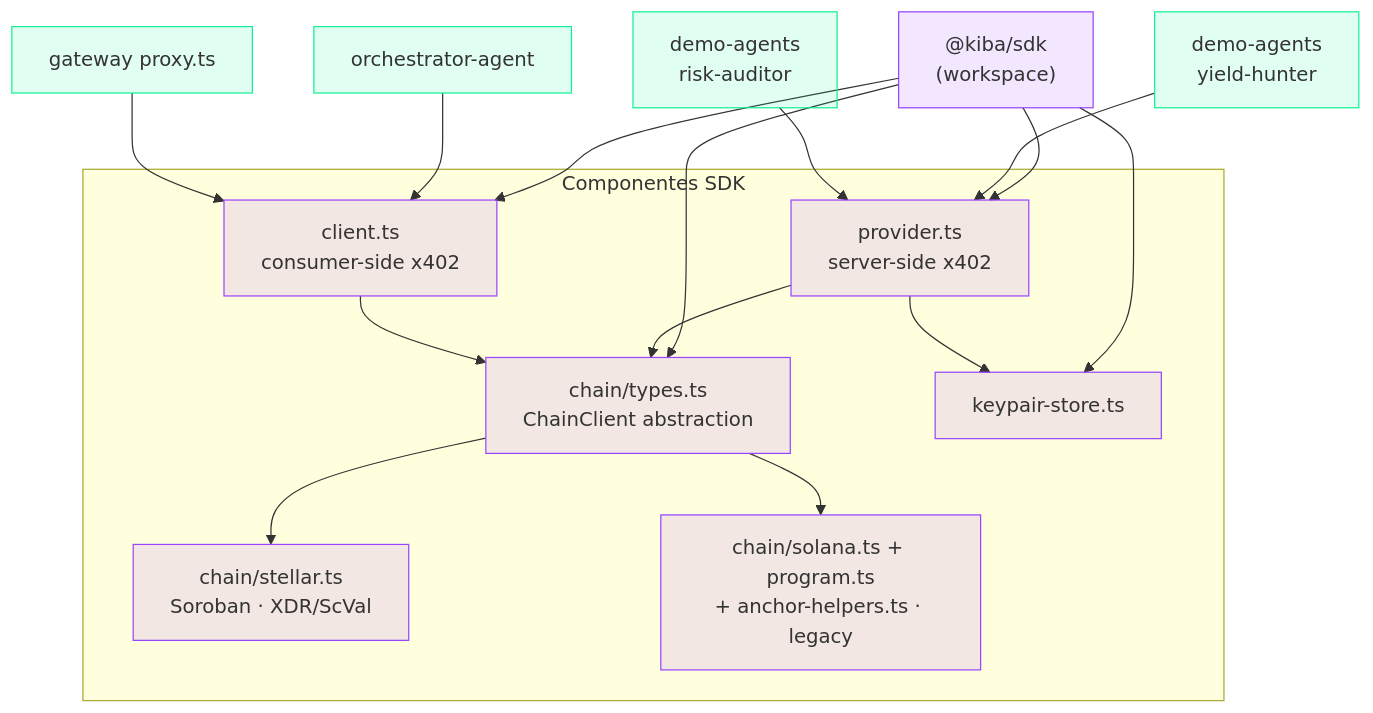
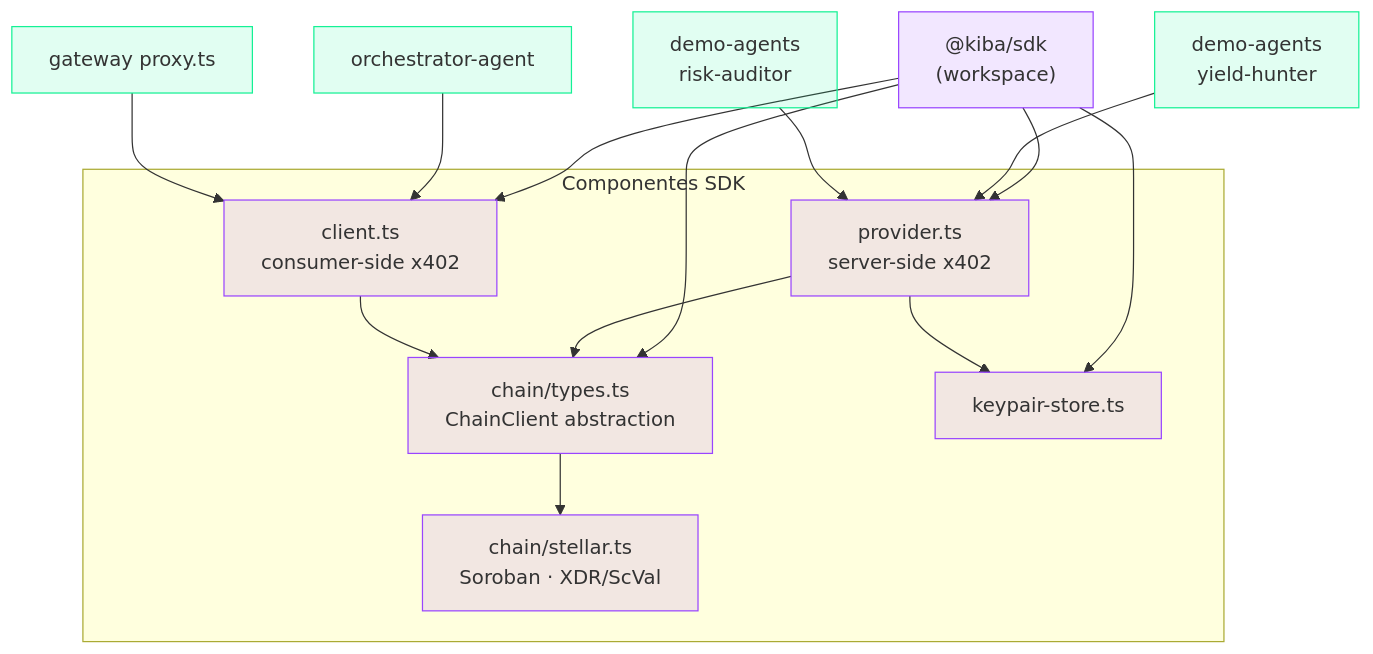
Before and after one commit to CoKeFish/kiba: diagram 11 of 11 in docs/architecture.md, drawn with Mermaid. The commit also changed other lines of this file and 46 other files, not shown here.

First line of the commit message:
refactor: quitar soporte Solana (Stellar-only)

````diff
--- a/docs/architecture.md
+++ b/docs/architecture.md
@@ -558,35 +558,33 @@
 ```mermaid
 flowchart TB
     SDK["@kiba/sdk<br/>(workspace)"]
 
     subgraph componentes["Componentes SDK"]
         Chain[chain/types.ts<br/>ChainClient abstraction]
         Stellar[chain/stellar.ts<br/>Soroban · XDR/ScVal]
-        Legacy[chain/solana.ts + program.ts<br/>+ anchor-helpers.ts · legacy]
         Prov[provider.ts<br/>server-side x402]
         Cli[client.ts<br/>consumer-side x402]
         KS[keypair-store.ts]
     end
 
     SDK --> Chain
     SDK --> Prov
     SDK --> Cli
     SDK --> KS
 
     Chain --> Stellar
-    Chain --> Legacy
     Prov --> Chain
     Prov --> KS
     Cli --> Chain
 
     A1[demo-agents<br/>yield-hunter] --> Prov
     A2[demo-agents<br/>risk-auditor] --> Prov
     ORCH[orchestrator-agent] --> Cli
     GW[gateway proxy.ts] --> Cli
 
     classDef sdk fill:#9945FF20,stroke:#9945FF
     classDef consumer fill:#14F19520,stroke:#14F195
 
-    class SDK,Chain,Stellar,Legacy,Prov,Cli,KS sdk
+    class SDK,Chain,Stellar,Prov,Cli,KS sdk
     class A1,A2,ORCH,GW consumer
 ```
````
